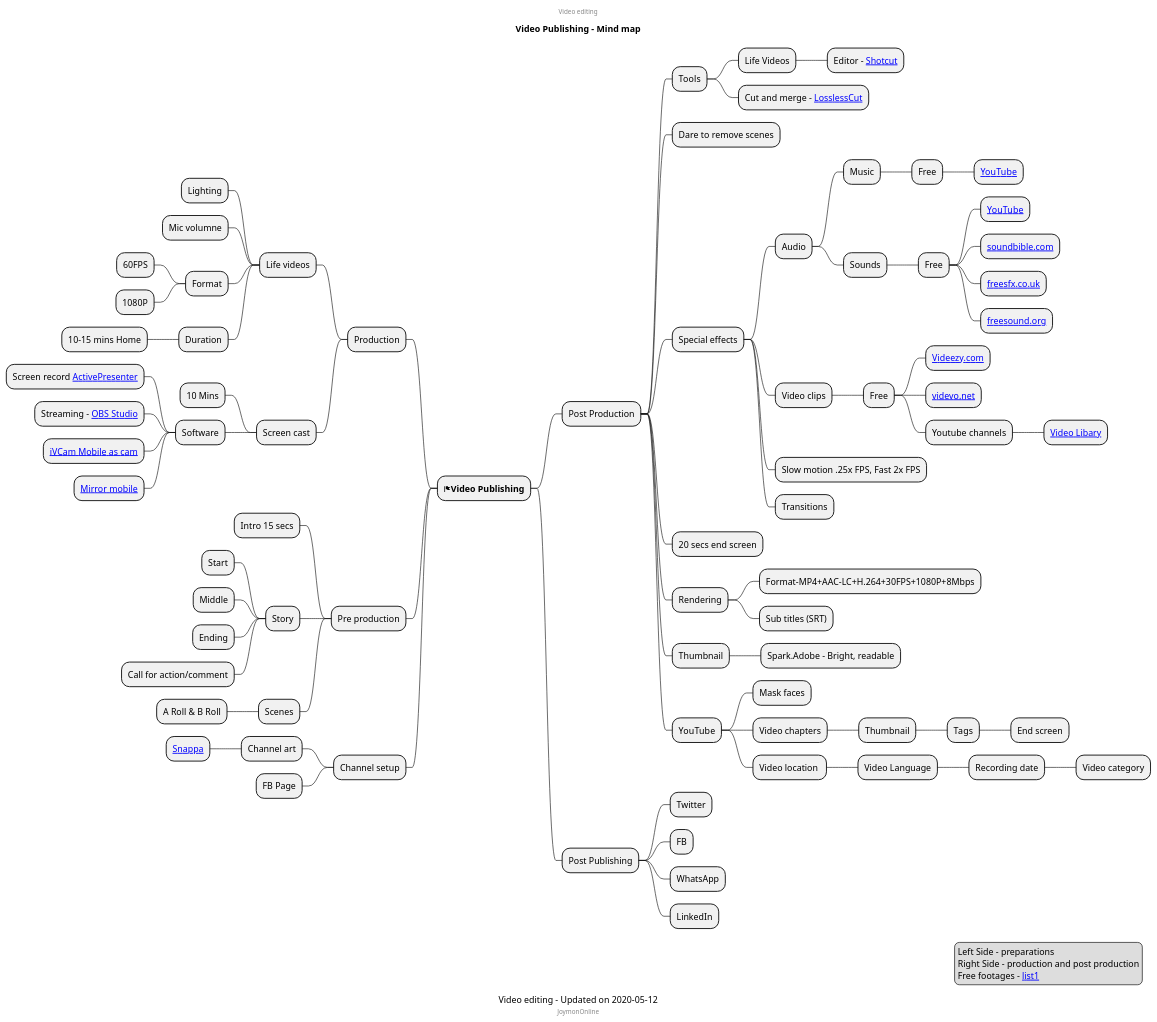
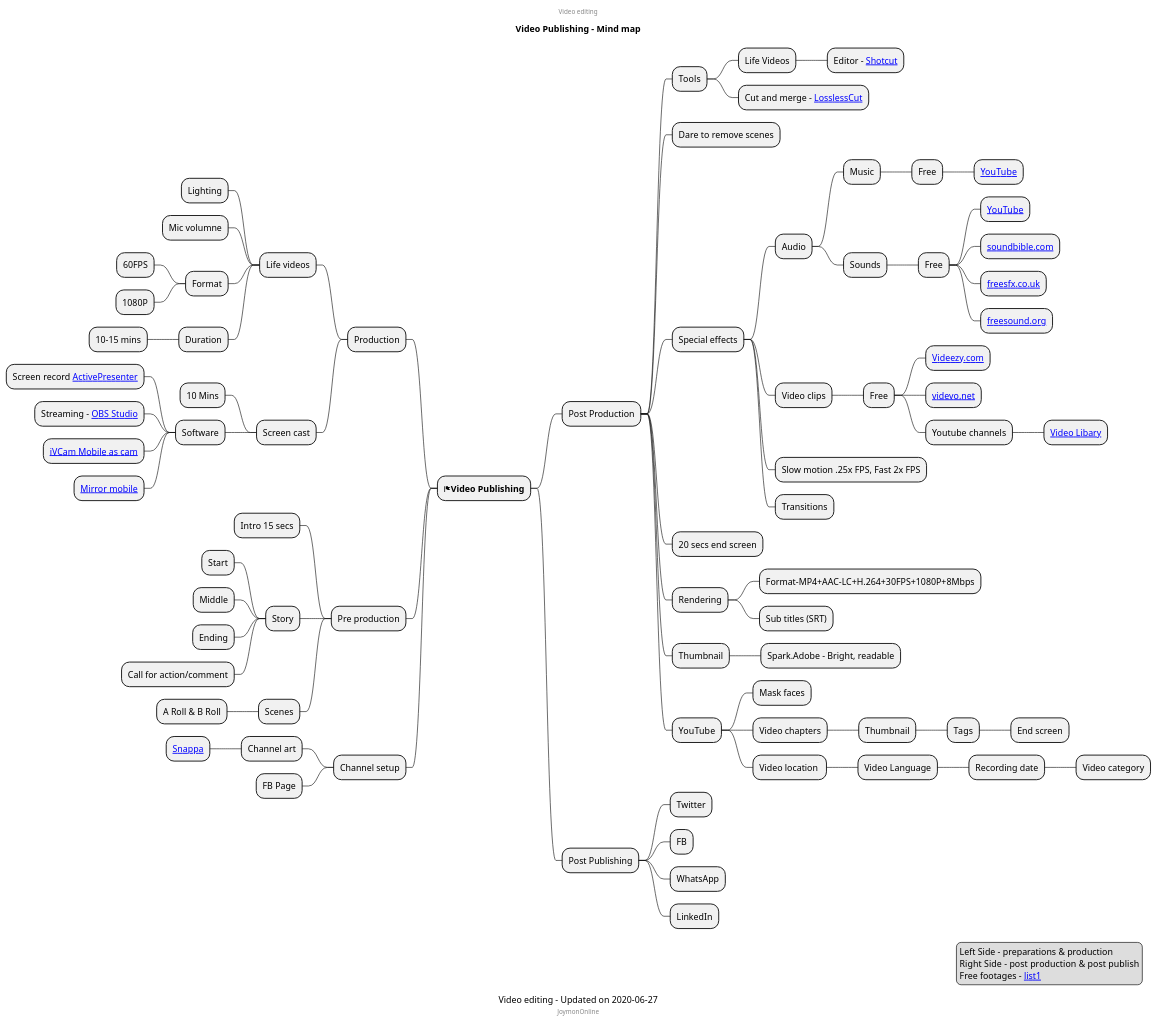
Before and after one commit to mind-maps/technology: the diagram in media/video/publishing.puml, drawn with PlantUML.

```diff
--- a/media/video/publishing.puml
+++ b/media/video/publishing.puml
@@ -1,96 +1,96 @@
 @startmindmap
-caption Video editing - Updated on 2020-05-12
+caption Video editing - Updated on 2020-06-27
 title Video Publishing - Mind map
 center header
 Video editing
 endheader
 
 * <&flag><b>Video Publishing</b>
 
 ** Post Production
 *** Tools
 **** Life Videos
 ***** Editor - [[https://shotcut.org/download/ Shotcut]]
 **** Cut and merge - [[https://github.com/mifi/lossless-cut/releases LosslessCut]]
 
 *** Dare to remove scenes
 *** Special effects
 **** Audio
 ***** Music
 ****** Free
 ******* [[https://www.youtube.com/audiolibrary/music?nv=1 YouTube]]
 ***** Sounds
 ****** Free
 ******* [[https://www.youtube.com/audiolibrary/soundeffects?nv=1 YouTube]]
 ******* [[https://soundbible.com/ soundbible.com]]
 ******* [[https://freesfx.co.uk/ freesfx.co.uk]]
 ******* [[https://freesound.org/ freesound.org]]
 **** Video clips
 ***** Free
 ****** [[https://www.videezy.com/ Videezy.com]]
 ****** [[https://www.videvo.net/ videvo.net]]
 ****** Youtube channels
 ******* [[https://www.youtube.com/channel/UC8ScFr0TdBPz9bLElei6-VA/videos Video Libary]]
 **** Slow motion .25x FPS, Fast 2x FPS
 **** Transitions
 *** 20 secs end screen
 *** Rendering
 **** Format-MP4+AAC-LC+H.264+30FPS+1080P+8Mbps
 **** Sub titles (SRT)
 *** Thumbnail
 **** Spark.Adobe - Bright, readable
 *** YouTube
 **** Mask faces
 **** Video chapters
 ***** Thumbnail
 ****** Tags
 ******* End screen
 **** Video location 
 ***** Video Language
 ****** Recording date
 ******* Video category
 
 ** Post Publishing
 *** Twitter
 *** FB
 *** WhatsApp
 *** LinkedIn
 
 left side
 ** Production
 *** Life videos
 **** Lighting
 **** Mic volumne
 **** Format
 ***** 60FPS
 ***** 1080P
 **** Duration
-***** 10-15 mins Home
+***** 10-15 mins
 *** Screen cast
 **** 10 Mins
 **** Software
 ***** Screen record [[https://atomisystems.com/download/ ActivePresenter]]
 ***** Streaming - [[https://obsproject.com/download OBS Studio]]
 ***** [[https://www.e2esoft.com/ivcam/ iVCam Mobile as cam]]
 ***** [[https://www.apowersoft.com/phone-mirror Mirror mobile]]
 ** Pre production
 *** Intro 15 secs
 *** Story
 **** Start
 **** Middle
 **** Ending
 ****  Call for action/comment
 *** Scenes
 **** A Roll & B Roll
 ** Channel setup
 *** Channel art
 **** [[https://snappa.com/ Snappa]]
 *** FB Page
 center footer JoymonOnline
 
 legend right
-  Left Side - preparations
-  Right Side - production and post production
+  Left Side - preparations & production
+  Right Side -  post production & post publish
   Free footages - [[https://www.oberlo.com/blog/free-stock-video-websites list1]]
 endlegend
 @endmindmap
```
